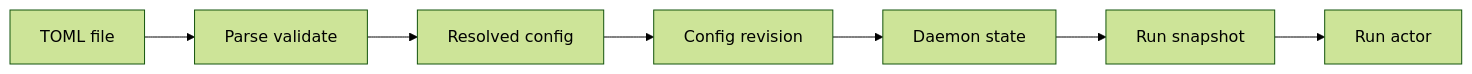
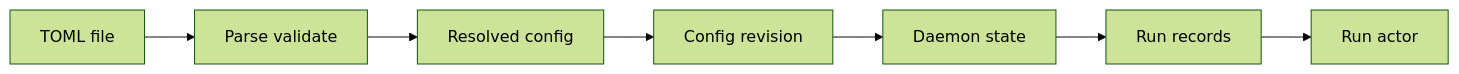
Before and after one commit to y0tsy/intention-relay: the diagram in docs/intention-relay/architecture/09-configuration-security-and-observability.md, drawn with Mermaid (forest theme). The commit also changed other lines of this file and 288 other files, not shown here.

````diff
--- a/docs/intention-relay/architecture/09-configuration-security-and-observability.md
+++ b/docs/intention-relay/architecture/09-configuration-security-and-observability.md
@@ -23,9 +23,9 @@
 ```mermaid
 flowchart LR
   TF[TOML file] --> PA[Parse validate]
   PA --> RC[Resolved config]
   RC --> RV[Config revision]
   RV --> DS[Daemon state]
-  DS --> RS[Run snapshot]
+  DS --> RS[Run records]
   RS --> RT[Run actor]
 ```
````
